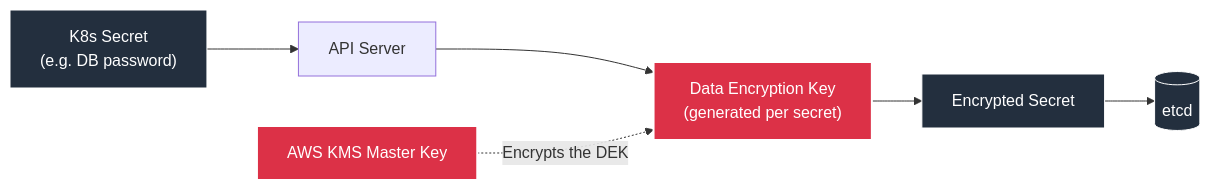
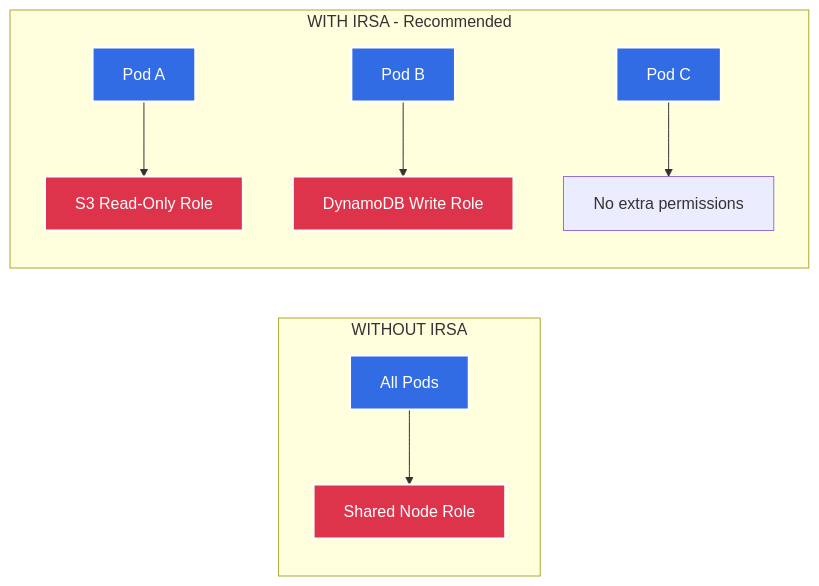
The fourth of 5 diagrams in modules/eks/README.md (selvakumarperumal/EKS_k8s_custom_template_with_Terraform), drawn with Mermaid before and after one commit. The commit also changed other lines of this file and 5 other files, not shown here.

Commit message:
docs: rewrite all module READMEs with fixed Mermaid diagrams and Terraform code snippets

````diff
--- a/modules/eks/README.md
+++ b/modules/eks/README.md
@@ -116,15 +255,18 @@
 ```mermaid
 graph LR
-    classDef data fill:#232F3E,stroke:#fff,stroke-width:1px,color:#fff
-    classDef key fill:#DC3147,stroke:#fff,stroke-width:2px,color:#fff
+    classDef iamStyle fill:#DD344C,stroke:#fff,stroke-width:2px,color:#fff
+    classDef k8sStyle fill:#326CE5,stroke:#fff,stroke-width:2px,color:#fff
 
-    Secret["K8s Secret<br/>(e.g. DB password)"] --> API["API Server"]
-    API --> DEK["Data Encryption Key<br/>(generated per secret)"]
-    DEK --> Encrypted["Encrypted Secret"]
-    Encrypted --> ETCD[("etcd")]
+    subgraph Without_IRSA ["WITHOUT IRSA"]
+        AllPods["All Pods"] --> SharedRole["Shared Node Role"]
+    end
 
-    KMS["AWS KMS Master Key"] -. "Encrypts the DEK" .-> DEK
+    subgraph With_IRSA ["WITH IRSA - Recommended"]
+        PodA["Pod A"] --> RoleA["S3 Read-Only Role"]
+        PodB["Pod B"] --> RoleB["DynamoDB Write Role"]
+        PodC["Pod C"] --> RoleC["No extra permissions"]
+    end
 
-    class Secret,Encrypted,ETCD data
-    class KMS,DEK key
+    class SharedRole,RoleA,RoleB iamStyle
+    class AllPods,PodA,PodB,PodC k8sStyle
 ```
````
